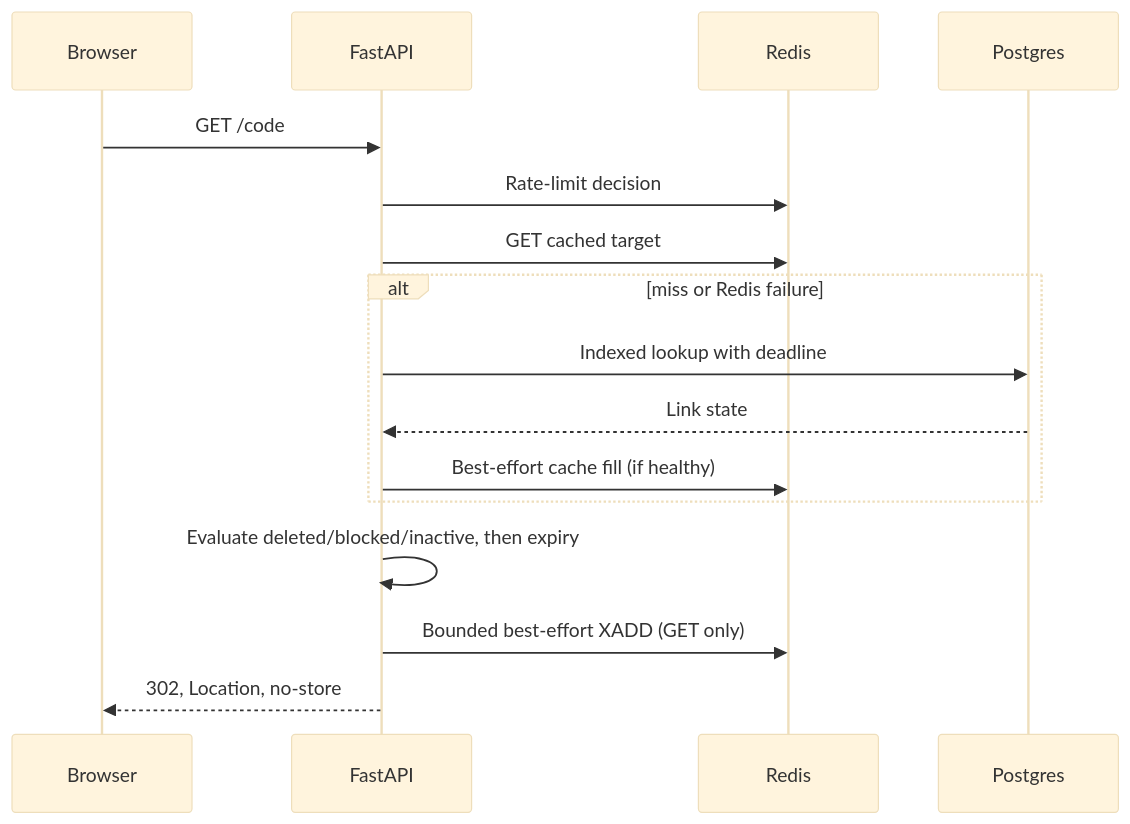
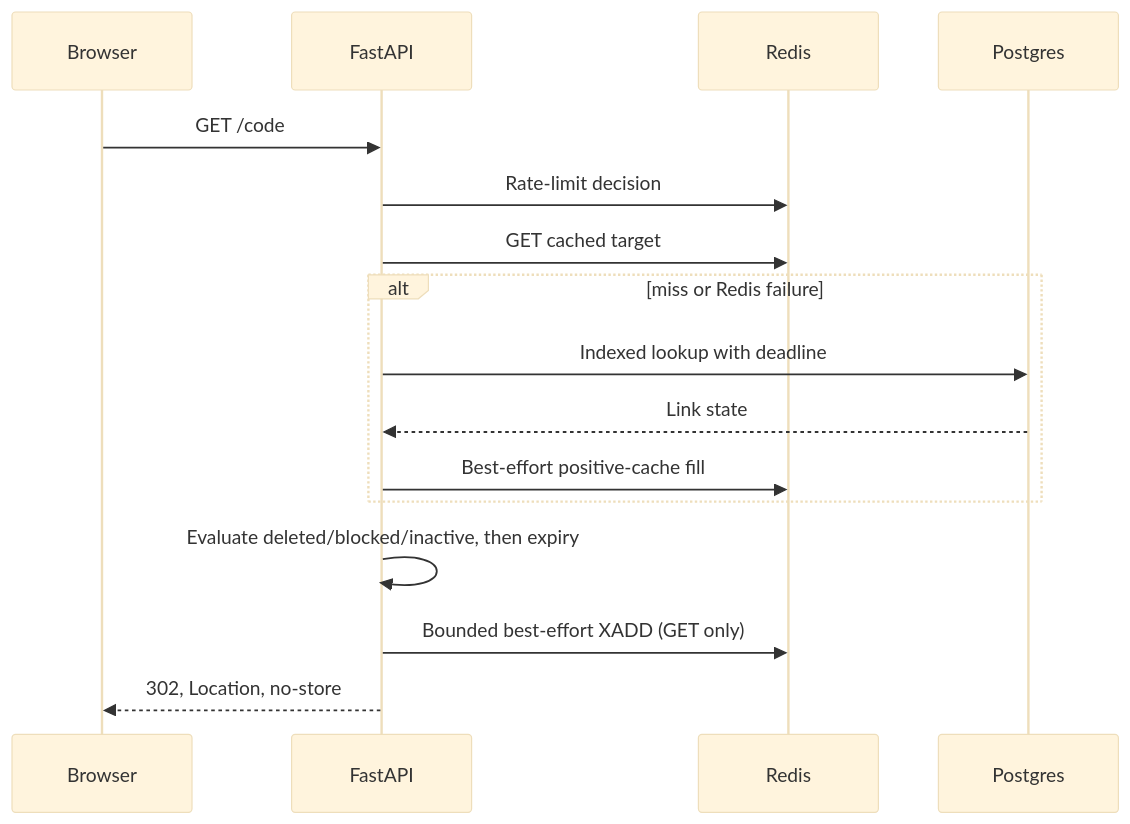
One commit to sarankumar1325/url-shortner changed the second of 2 diagrams in docs/backend/architecture.md. Above: the diagram before and after it, drawn with Mermaid (base theme). The commit also changed other lines of this file and 19 other files, not shown here.

````diff
--- a/docs/backend/architecture.md
+++ b/docs/backend/architecture.md
@@ -63,18 +76,18 @@
 ```mermaid
 sequenceDiagram
     participant C as Browser
     participant A as FastAPI
     participant R as Redis
     participant D as Postgres
     C->>A: GET /code
     A->>R: Rate-limit decision
     A->>R: GET cached target
     alt miss or Redis failure
         A->>D: Indexed lookup with deadline
         D-->>A: Link state
-        A->>R: Best-effort cache fill (if healthy)
+        A->>R: Best-effort positive-cache fill
     end
     A->>A: Evaluate deleted/blocked/inactive, then expiry
     A->>R: Bounded best-effort XADD (GET only)
     A-->>C: 302, Location, no-store
 ```
````
